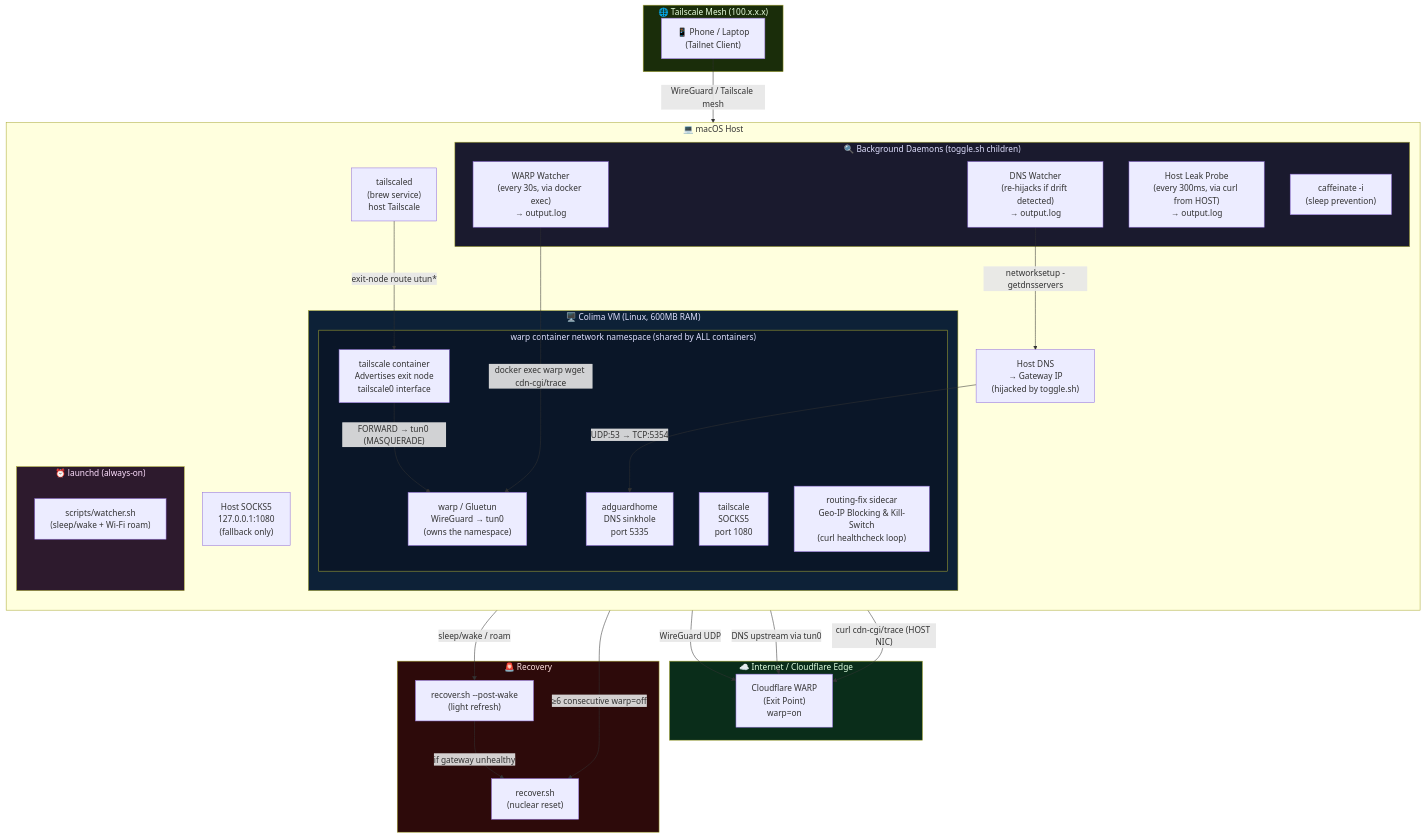
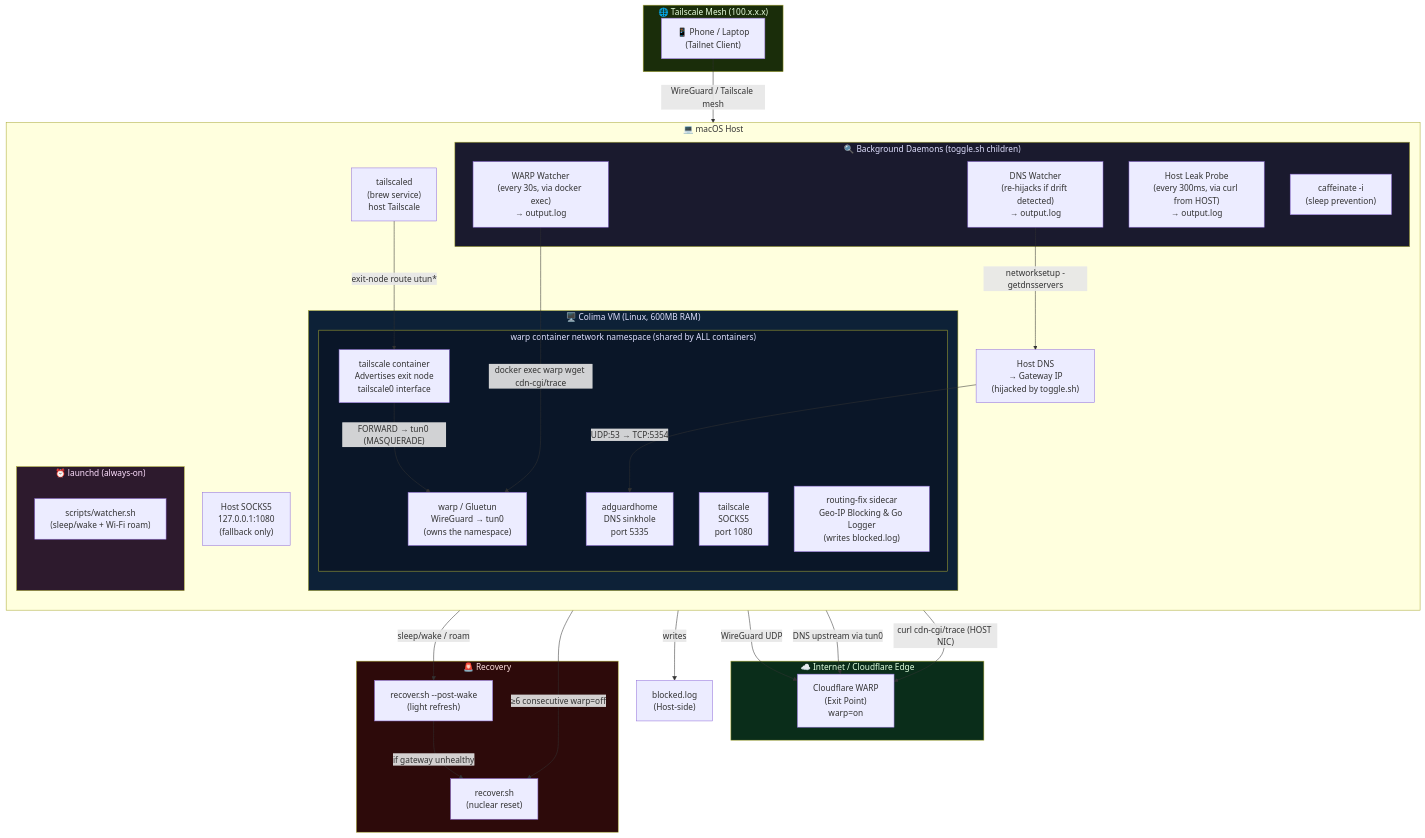
The first of 7 diagrams in diagrams.md (OmarAlaaeldein/nullexit), drawn with Mermaid before and after one commit. The commit also changed 3 other files, not shown here.

First line of the commit message:
docs: update system architecture, recent changelogs, and agent instructions

````diff
--- a/diagrams.md
+++ b/diagrams.md
@@ -7,71 +7,74 @@
 ```mermaid
 graph TB
     subgraph INTERNET["☁️  Internet / Cloudflare Edge"]
         CF["Cloudflare WARP\n(Exit Point)\nwarp=on"]
     end
 
     subgraph TAILNET["🌐 Tailscale Mesh (100.x.x.x)"]
         PHONE["📱 Phone / Laptop\n(Tailnet Client)"]
     end
 
     subgraph MACHOST["💻 macOS Host"]
         direction TB
         TSDAEMON["tailscaled\n(brew service)\nhost Tailscale"]
         HOSTDNS["Host DNS\n→ Gateway IP\n(hijacked by toggle.sh)"]
         HOSTSOCKS["Host SOCKS5\n127.0.0.1:1080\n(fallback only)"]
 
         subgraph MONITORS["🔍 Background Daemons (toggle.sh children)"]
             WARPWATCH["WARP Watcher\n(every 30s, via docker exec)\n→ output.log"]
             LEAKPROBE["Host Leak Probe\n(every 300ms, via curl from HOST)\n→ output.log"]
             DNSWATCHER["DNS Watcher\n(re-hijacks if drift detected)\n→ output.log"]
             CAFFEINATE["caffeinate -i\n(sleep prevention)"]
         end
 
         subgraph COLIMAVM["🖥️  Colima VM (Linux, 600MB RAM)"]
             subgraph NETNS["warp container network namespace (shared by ALL containers)"]
                 GLUETUN["warp / Gluetun\nWireGuard → tun0\n(owns the namespace)"]
                 TS["tailscale container\nAdvertises exit node\ntailscale0 interface"]
                 SOCKS["tailscale\nSOCKS5\nport 1080"]
                 ADGUARD["adguardhome\nDNS sinkhole\nport 5335"]
-                ROUTINGFIX["routing-fix sidecar\nGeo-IP Blocking & Kill-Switch\n(curl healthcheck loop)"]
+                ROUTINGFIX["routing-fix sidecar\nGeo-IP Blocking & Go Logger\n(writes blocked.log)"]
             end
         end
 
         subgraph LAUNCHD["⏰ launchd (always-on)"]
             WATCHER["scripts/watcher.sh\n(sleep/wake + Wi-Fi roam)"]
         end
     end
 
     subgraph RECOVERY["🚨 Recovery"]
         RECOVER["recover.sh\n(nuclear reset)"]
         RECOVERPOST["recover.sh --post-wake\n(light refresh)"]
     end
 
     %% Traffic flow
     PHONE -->|"WireGuard / Tailscale mesh"| TSDAEMON
     TSDAEMON -->|"exit-node route utun*"| TS
     TS -->|"FORWARD → tun0 (MASQUERADE)"| GLUETUN
     GLUETUN -->|"WireGuard UDP"| CF
 
     %% DNS
     HOSTDNS -->|"UDP:53 → TCP:5354"| ADGUARD
     ADGUARD -->|"DNS upstream via tun0"| CF
 
     %% Monitoring
     WARPWATCH -->|"docker exec warp wget cdn-cgi/trace"| GLUETUN
     LEAKPROBE -->|"curl cdn-cgi/trace (HOST NIC)"| CF
     DNSWATCHER -->|"networksetup -getdnsservers"| HOSTDNS
 
+    %% Logging
+    ROUTINGFIX -->|"writes"| BLOCKEDLOG["blocked.log\n(Host-side)"]
+
     %% Recovery triggers
     WARPWATCH -->|"≥6 consecutive warp=off"| RECOVER
     WATCHER -->|"sleep/wake / roam"| RECOVERPOST
     RECOVERPOST -->|"if gateway unhealthy"| RECOVER
 
     style MONITORS fill:#1a1a2e,color:#e0e0ff
     style COLIMAVM fill:#0d2137,color:#e0e0ff
     style NETNS fill:#0a1628,color:#e0e0ff
     style RECOVERY fill:#2d0a0a,color:#ffe0e0
     style INTERNET fill:#0a2d1a,color:#e0ffe0
     style TAILNET fill:#1a2d0a,color:#e8ffe0
     style LAUNCHD fill:#2d1a2d,color:#ffe0ff
 ```
````
